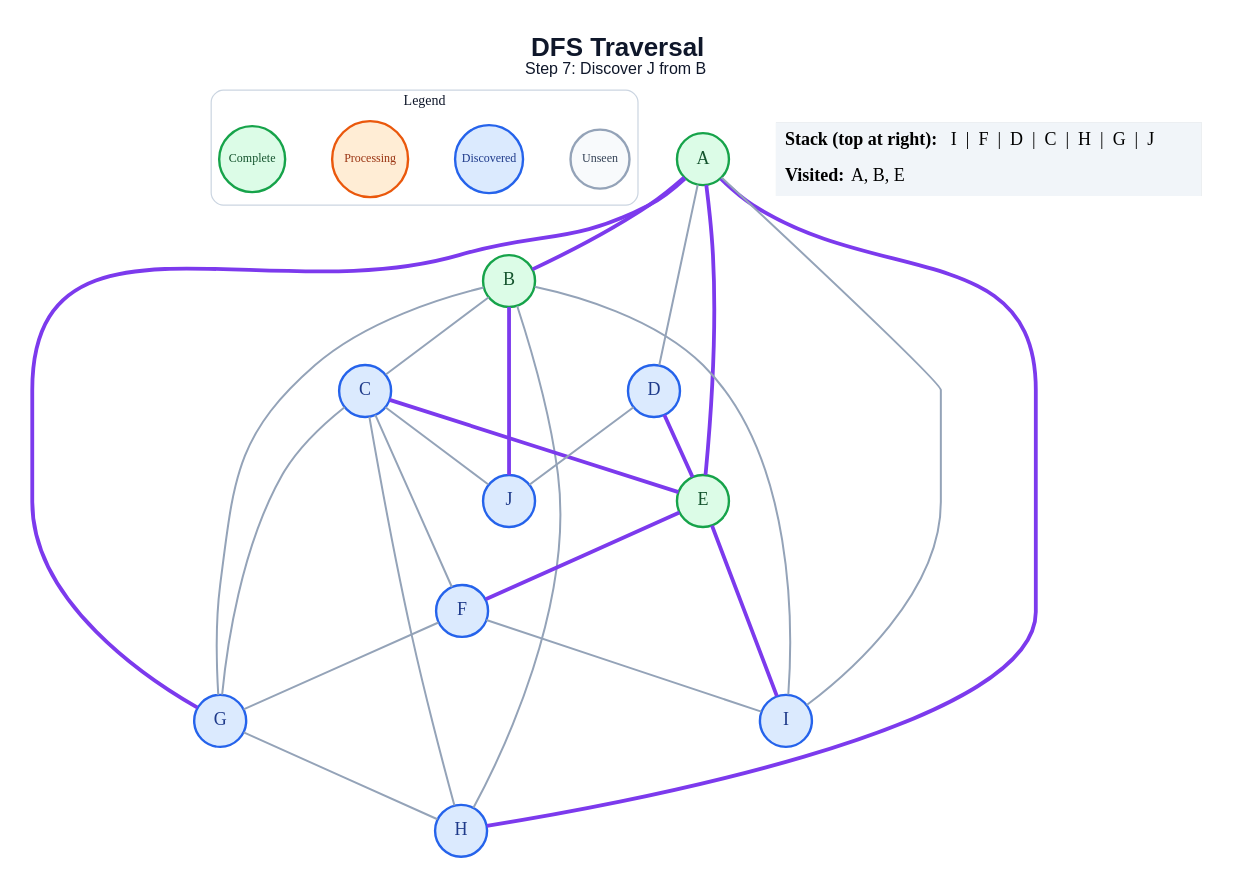
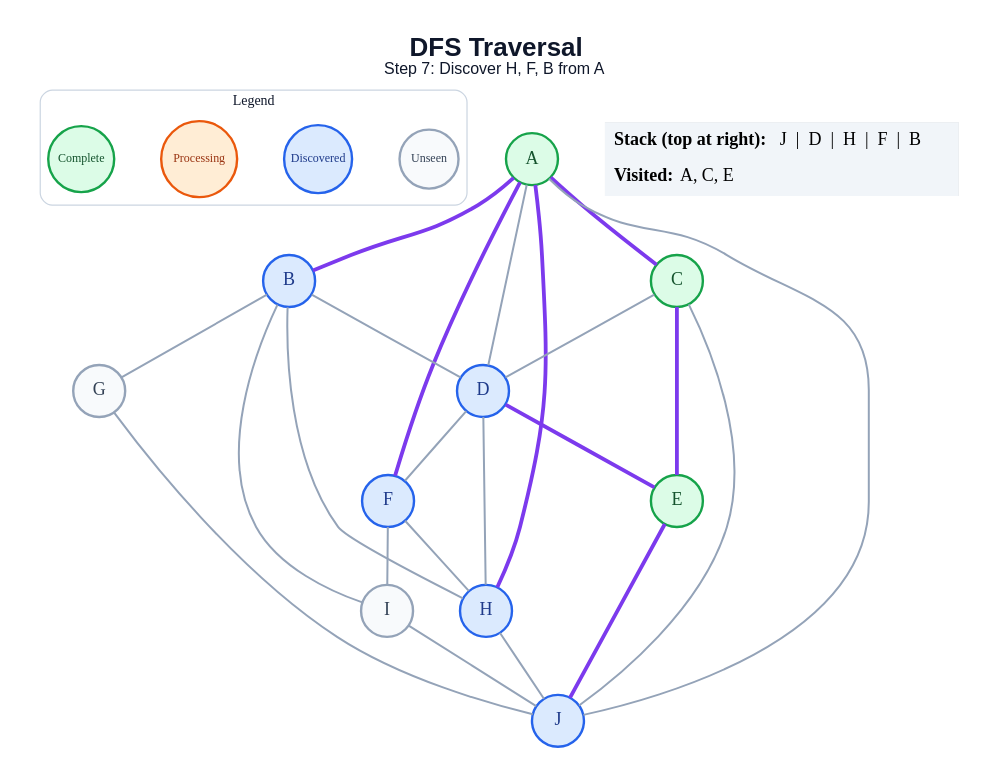
One commit to amanghodawala9/ai-slop changed the diagram in generated/specific-node/dfs/step_07.dot. Above: the diagram before and after it, drawn with Graphviz. The commit also changed 178 other files, not shown here.

```diff
--- a/generated/specific-node/dfs/step_07.dot
+++ b/generated/specific-node/dfs/step_07.dot
@@ -1,52 +1,51 @@
 graph traversal {
   graph [layout=dot, rankdir=TB, bgcolor="#FFFFFF", pad="0.35", nodesep="0.65", ranksep="0.8", fontname="Arial"];
   node [shape=circle, style="filled", fontname="Arial Bold", fontsize=18, width=0.72, fixedsize=true, penwidth=2.4];
   edge [color="#94A3B8", penwidth=2.0];
-  label=<<B>DFS Traversal</B><BR/><FONT POINT-SIZE="16">Step 7: Discover J from B</FONT>>; labelloc="t"; fontsize=26; fontname="Arial"; fontcolor="#0F172A";
+  label=<<B>DFS Traversal</B><BR/><FONT POINT-SIZE="16">Step 7: Discover H, F, B from A</FONT>>; labelloc="t"; fontsize=26; fontname="Arial"; fontcolor="#0F172A";
   subgraph cluster_legend { label="Legend"; color="#CBD5E1"; penwidth=1.2; style="rounded"; fontsize=14; fontname="Arial Bold";
     key_unseen [label="Unseen", fillcolor="#F8FAFC", color="#94A3B8", fontcolor="#334155", fontsize=12, width=0.82];
     key_frontier [label="Discovered", fillcolor="#DBEAFE", color="#2563EB", fontcolor="#1E3A8A", fontsize=12, width=0.95];
     key_current [label="Processing", fillcolor="#FFEDD5", color="#EA580C", fontcolor="#9A3412", fontsize=12, width=1.05];
     key_done [label="Complete", fillcolor="#DCFCE7", color="#16A34A", fontcolor="#14532D", fontsize=12, width=0.92];
     { rank=same; key_unseen; key_frontier; key_current; key_done; }
   }
   A [fillcolor="#DCFCE7", color="#16A34A", fontcolor="#14532D"];
-  B [fillcolor="#DCFCE7", color="#16A34A", fontcolor="#14532D"];
-  C [fillcolor="#DBEAFE", color="#2563EB", fontcolor="#1E3A8A"];
+  B [fillcolor="#DBEAFE", color="#2563EB", fontcolor="#1E3A8A"];
+  C [fillcolor="#DCFCE7", color="#16A34A", fontcolor="#14532D"];
   D [fillcolor="#DBEAFE", color="#2563EB", fontcolor="#1E3A8A"];
   E [fillcolor="#DCFCE7", color="#16A34A", fontcolor="#14532D"];
   F [fillcolor="#DBEAFE", color="#2563EB", fontcolor="#1E3A8A"];
-  G [fillcolor="#DBEAFE", color="#2563EB", fontcolor="#1E3A8A"];
+  G [fillcolor="#F8FAFC", color="#94A3B8", fontcolor="#334155"];
   H [fillcolor="#DBEAFE", color="#2563EB", fontcolor="#1E3A8A"];
-  I [fillcolor="#DBEAFE", color="#2563EB", fontcolor="#1E3A8A"];
+  I [fillcolor="#F8FAFC", color="#94A3B8", fontcolor="#334155"];
   J [fillcolor="#DBEAFE", color="#2563EB", fontcolor="#1E3A8A"];
   A -- B [color="#7C3AED", penwidth=3.8];
+  A -- C [color="#7C3AED", penwidth=3.8];
   A -- D;
-  A -- E [color="#7C3AED", penwidth=3.8];
-  A -- G [color="#7C3AED", penwidth=3.8];
+  A -- F [color="#7C3AED", penwidth=3.8];
   A -- H [color="#7C3AED", penwidth=3.8];
-  A -- I;
-  B -- C;
+  A -- J;
+  B -- D;
   B -- G;
   B -- H;
   B -- I;
-  B -- J [color="#7C3AED", penwidth=3.8];
+  C -- D;
   C -- E [color="#7C3AED", penwidth=3.8];
-  C -- F;
-  C -- G;
-  C -- H;
   C -- J;
   D -- E [color="#7C3AED", penwidth=3.8];
-  D -- J;
-  E -- F [color="#7C3AED", penwidth=3.8];
-  E -- I [color="#7C3AED", penwidth=3.8];
-  F -- G;
+  D -- F;
+  D -- H;
+  E -- J [color="#7C3AED", penwidth=3.8];
+  F -- H;
   F -- I;
-  G -- H;
+  G -- J;
+  H -- J;
+  I -- J;
   status [shape=plain, fixedsize=false, width=0, height=0, margin=0, label=<
     <TABLE BORDER="0" CELLBORDER="0" CELLPADDING="7" BGCOLOR="#F1F5F9">
-      <TR><TD ALIGN="LEFT"><B>Stack (top at right):</B> I  |  F  |  D  |  C  |  H  |  G  |  J</TD></TR>
-      <TR><TD ALIGN="LEFT"><B>Visited:</B> A, B, E</TD></TR>
+      <TR><TD ALIGN="LEFT"><B>Stack (top at right):</B> J  |  D  |  H  |  F  |  B</TD></TR>
+      <TR><TD ALIGN="LEFT"><B>Visited:</B> A, C, E</TD></TR>
     </TABLE>
   >];
 }
```
